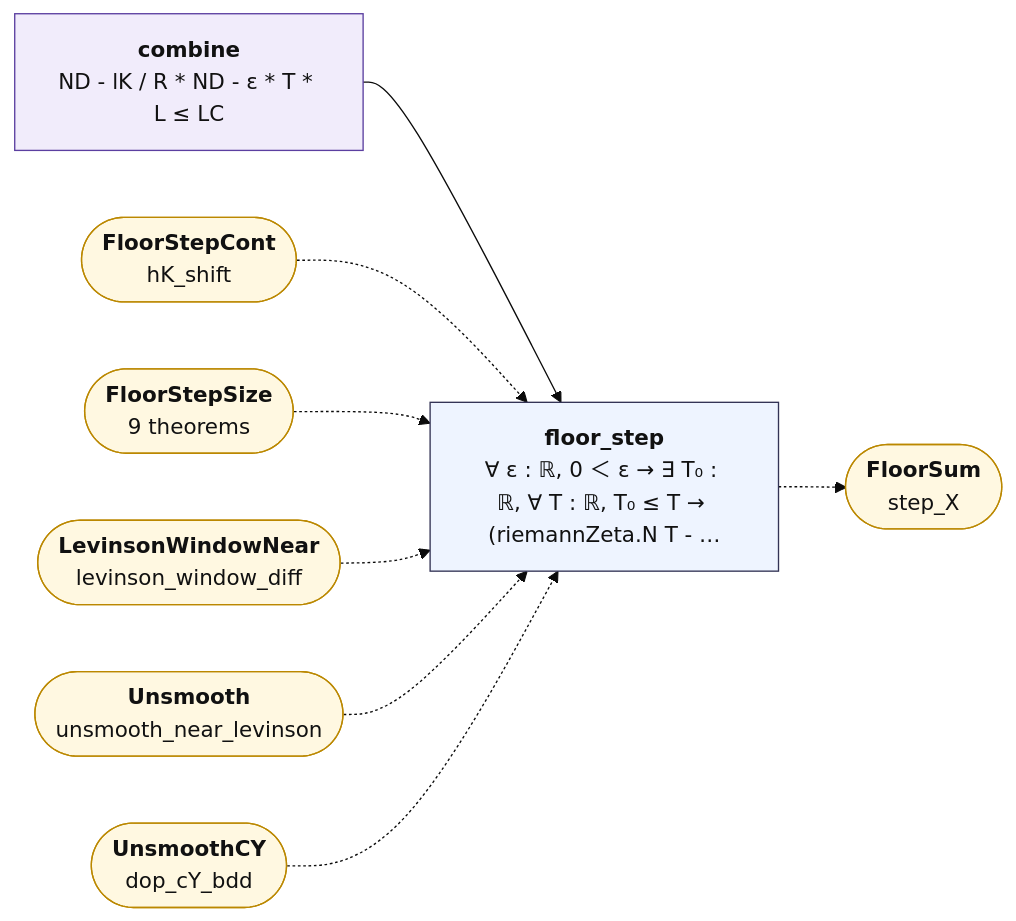
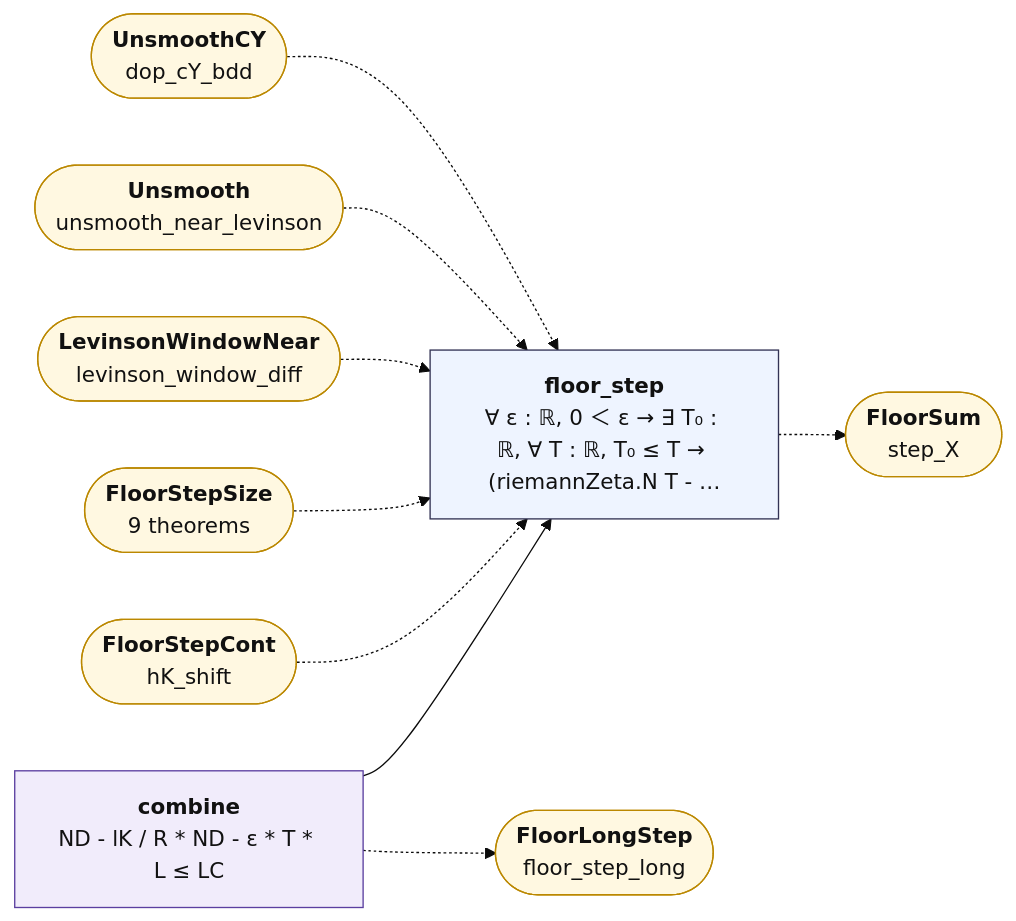
Before and after one commit to juliansambranojr/Primebeat_081426: the diagram in map/lean_stage3/FloorStep.md, drawn with Mermaid (base theme). The commit also changed other lines of this file and 64 other files, not shown here.

````diff
--- a/map/lean_stage3/FloorStep.md
+++ b/map/lean_stage3/FloorStep.md
@@ -14,26 +14,28 @@
 ```mermaid
 flowchart LR
   n0["<b>combine</b><br/>ND - lK / R * ND - ε * T * L ≤ LC"]:::shp
   n1["<b>floor_step</b><br/>∀ ε : ℝ, 0 ＜ ε → ∃ T₀ : ℝ, ∀ T : ℝ, T₀ ≤ T → (riemannZeta.N T - …"]:::thm
-  x0(["<b>FloorStepCont</b><br/>hK_shift"]):::ext
-  x1(["<b>FloorStepSize</b><br/>9 theorems"]):::ext
-  x2(["<b>LevinsonWindowNear</b><br/>levinson_window_diff"]):::ext
-  x3(["<b>Unsmooth</b><br/>unsmooth_near_levinson"]):::ext
-  x4(["<b>UnsmoothCY</b><br/>dop_cY_bdd"]):::ext
-  x5(["<b>FloorSum</b><br/>step_X"]):::ext
+  x0(["<b>FloorLongStep</b><br/>floor_step_long"]):::ext
+  x1(["<b>FloorStepCont</b><br/>hK_shift"]):::ext
+  x2(["<b>FloorStepSize</b><br/>9 theorems"]):::ext
+  x3(["<b>LevinsonWindowNear</b><br/>levinson_window_diff"]):::ext
+  x4(["<b>Unsmooth</b><br/>unsmooth_near_levinson"]):::ext
+  x5(["<b>UnsmoothCY</b><br/>dop_cY_bdd"]):::ext
+  x6(["<b>FloorSum</b><br/>step_X"]):::ext
   n0 --> n1
-  n1 -.-> x5
-  x0 -.-> n1
+  n0 -.-> x0
+  n1 -.-> x6
   x1 -.-> n1
   x2 -.-> n1
   x3 -.-> n1
   x4 -.-> n1
+  x5 -.-> n1
   classDef cnt fill:#dff5ec,stroke:#17694a,color:#111
   classDef shp fill:#f1ecfb,stroke:#5b3fa0,color:#111
   classDef rh fill:#ffe5e5,stroke:#c22,color:#111,stroke-width:2px
   classDef thm fill:#eef4ff,stroke:#335,color:#111
   classDef end_ fill:#e7f7e7,stroke:#2a7,color:#111,stroke-width:2px
   classDef lone fill:#fff,stroke:#999,color:#111,stroke-dasharray:4 3
   classDef bad fill:#ffe5e5,stroke:#c22,color:#111,stroke-width:2px
   classDef ext fill:#fff8e1,stroke:#b80,color:#111
 ```
````
